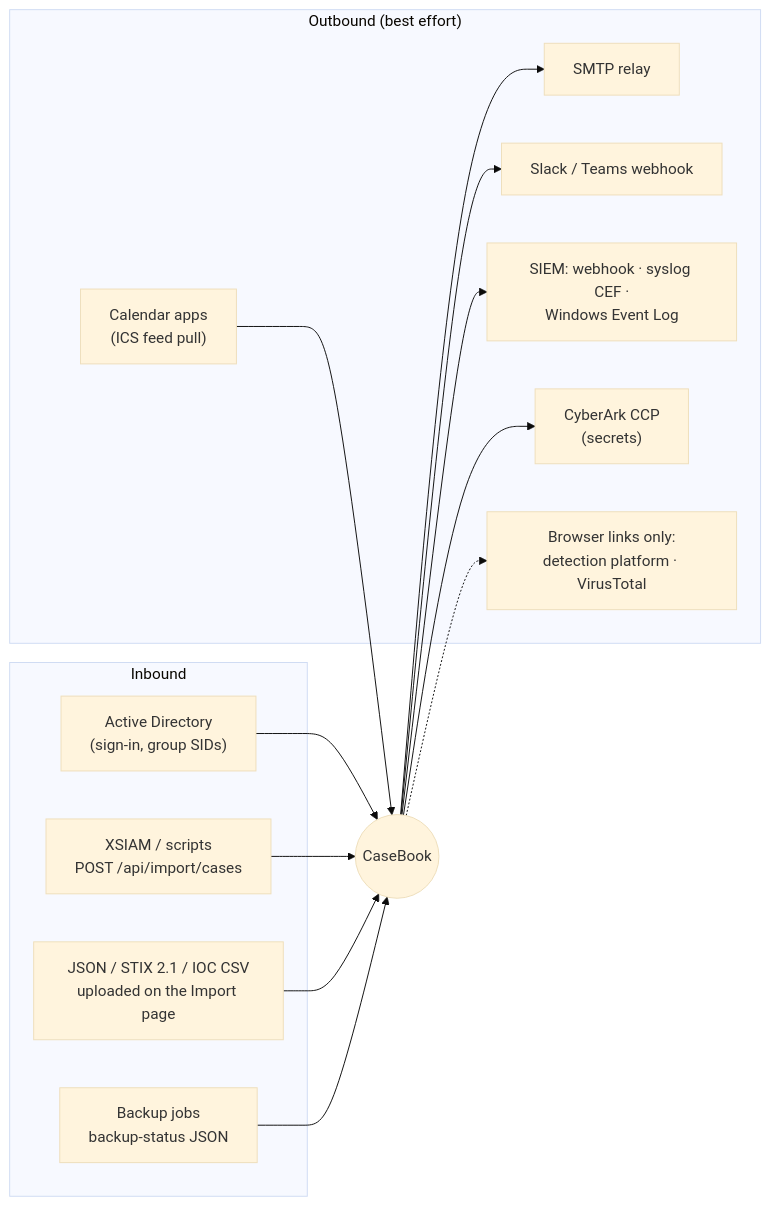
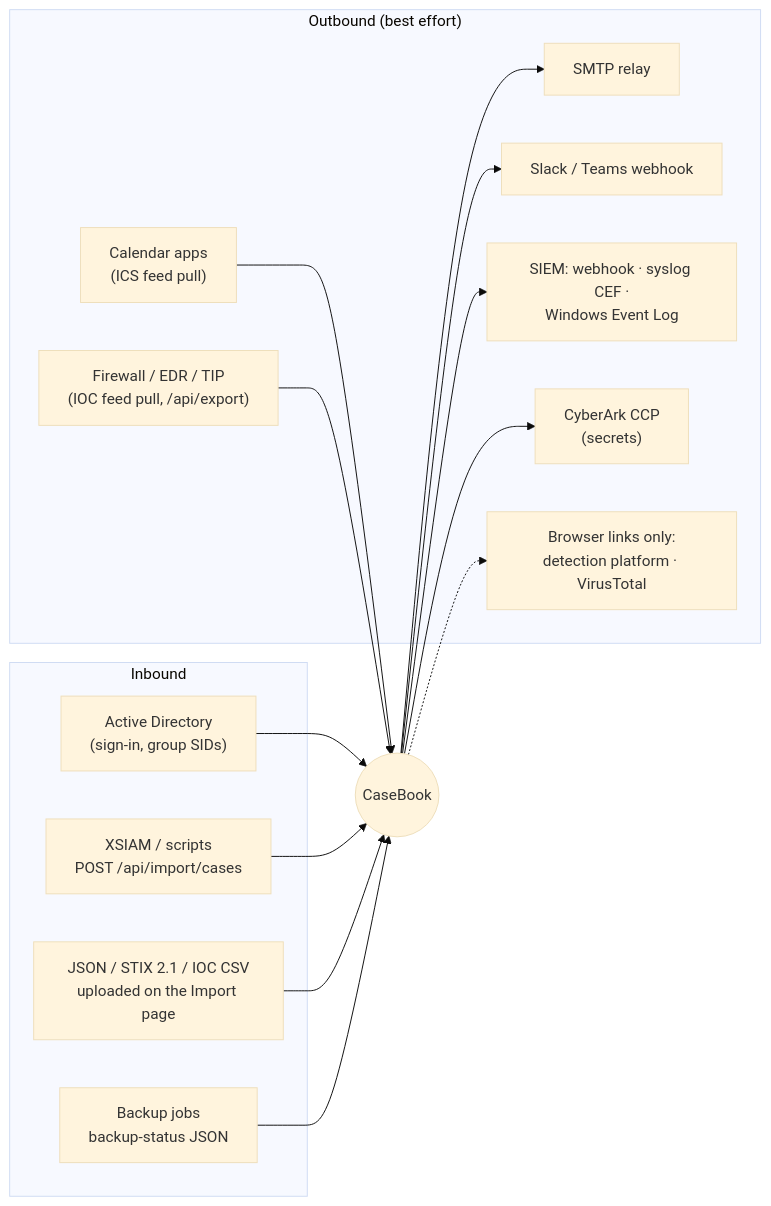
The diagram in docs/operations/integrations.md (jashley92/CaseBook), drawn with Mermaid (base theme) before and after one commit. The commit also changed other lines of this file and 10 other files, not shown here.

First line of the commit message:
Docs for CAP-09, CAP-13 and CAP-14: API.md endpoints with examples, endpoint table, security, the IOC-feed integration, ApiFeeds rate limit, Unreleased upgrade notes, XSIAM README by incident id

````diff
--- a/docs/operations/integrations.md
+++ b/docs/operations/integrations.md
@@ -6,28 +6,30 @@
 ```mermaid
 flowchart LR
     subgraph In["Inbound"]
         AD["Active Directory<br/>(sign-in, group SIDs)"]
         API["XSIAM / scripts<br/>POST /api/import/cases"]
         Files["JSON / STIX 2.1 / IOC CSV<br/>uploaded on the Import page"]
         BS["Backup jobs<br/>backup-status JSON"]
     end
     CB(("CaseBook"))
     subgraph Out["Outbound (best effort)"]
         SMTP["SMTP relay"]
         Chat["Slack / Teams webhook"]
         SIEM["SIEM: webhook · syslog CEF ·<br/>Windows Event Log"]
         CCP["CyberArk CCP<br/>(secrets)"]
         Cal["Calendar apps<br/>(ICS feed pull)"]
+        Feed["Firewall / EDR / TIP<br/>(IOC feed pull, /api/export)"]
         Links["Browser links only:<br/>detection platform · VirusTotal"]
     end
     AD --> CB
     API --> CB
     Files --> CB
     BS --> CB
     CB --> SMTP
     CB --> Chat
     CB --> SIEM
     CB --> CCP
     Cal --> CB
+    Feed --> CB
     CB -.-> Links
 ```
````
